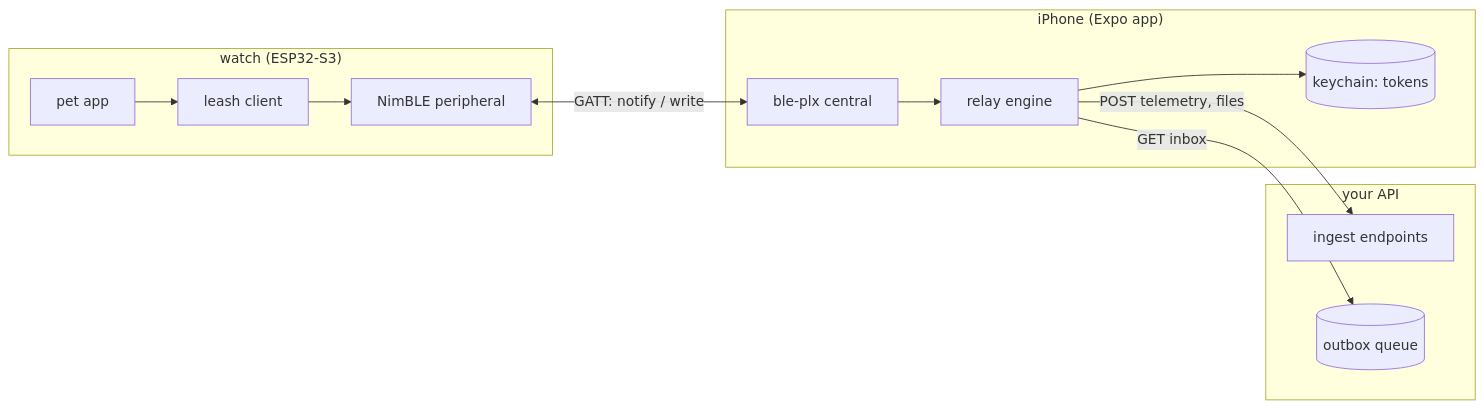
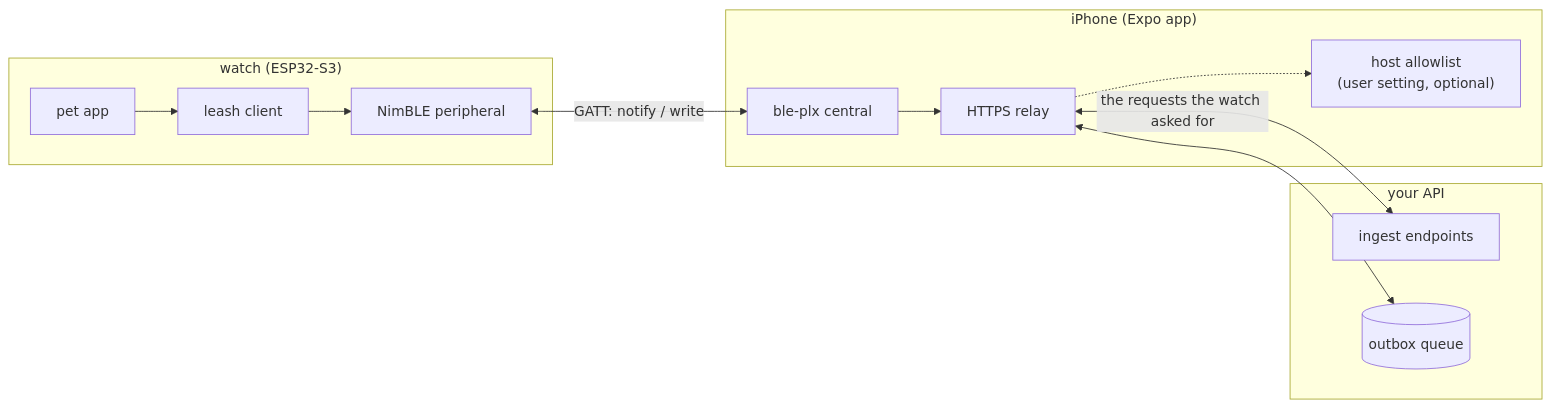
The first of 9 diagrams in docs/ble-gateway-design.md (frolic/pocket-pet), drawn with Mermaid before and after one commit. The commit also changed other lines of this file, not shown here.

First line of the commit message:
Leash v2: drop the manifest — phone is a dumb HTTPS proxy

````diff
--- a/docs/ble-gateway-design.md
+++ b/docs/ble-gateway-design.md
@@ -16,18 +23,18 @@
 ```mermaid
 flowchart LR
     subgraph watch["watch (ESP32-S3)"]
         APP[pet app] --> LSH[leash client]
         LSH --> NIM[NimBLE peripheral]
     end
     subgraph phone["iPhone (Expo app)"]
-        BLE[ble-plx central] --> ENG[relay engine]
-        ENG --> KC[(keychain: tokens)]
+        BLE[ble-plx central] --> ENG[HTTPS relay]
+        ENG -.-> AL["host allowlist\n(user setting, optional)"]
     end
     subgraph cloud["your API"]
         IN[ingest endpoints]
         OUT[(outbox queue)]
     end
     NIM <-- "GATT: notify / write" --> BLE
-    ENG -- "POST telemetry, files" --> IN
-    ENG -- "GET inbox" --> OUT
+    ENG <-- "the requests the watch asked for" --> IN
+    ENG <-- " " --> OUT
 ```
````
